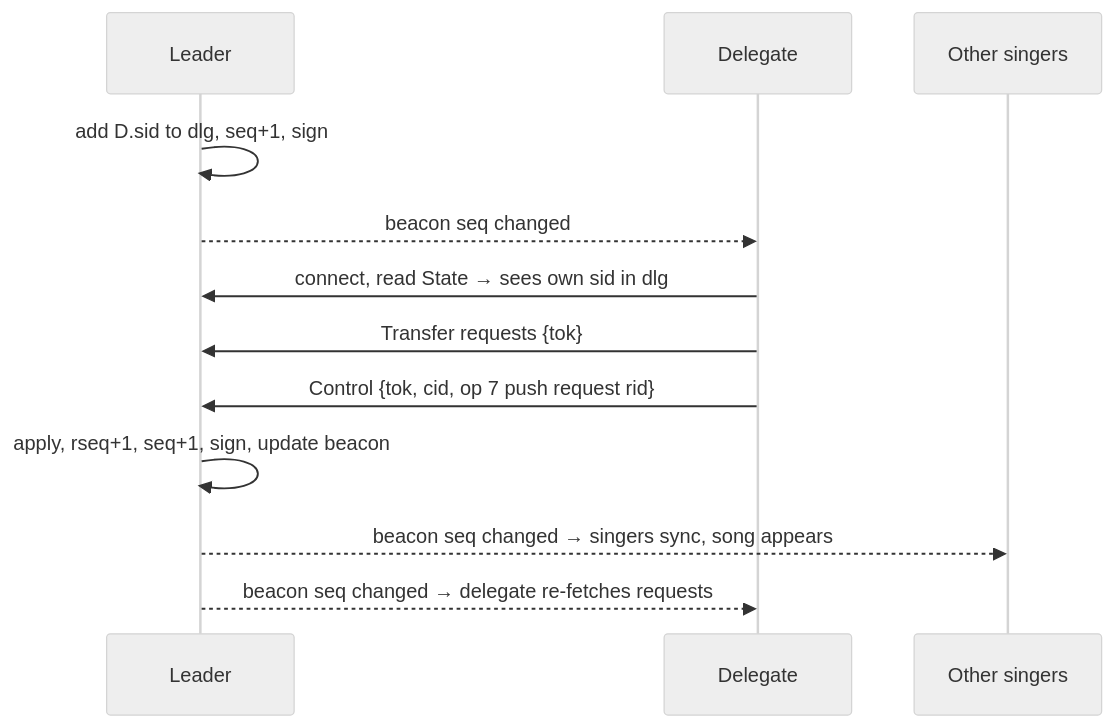
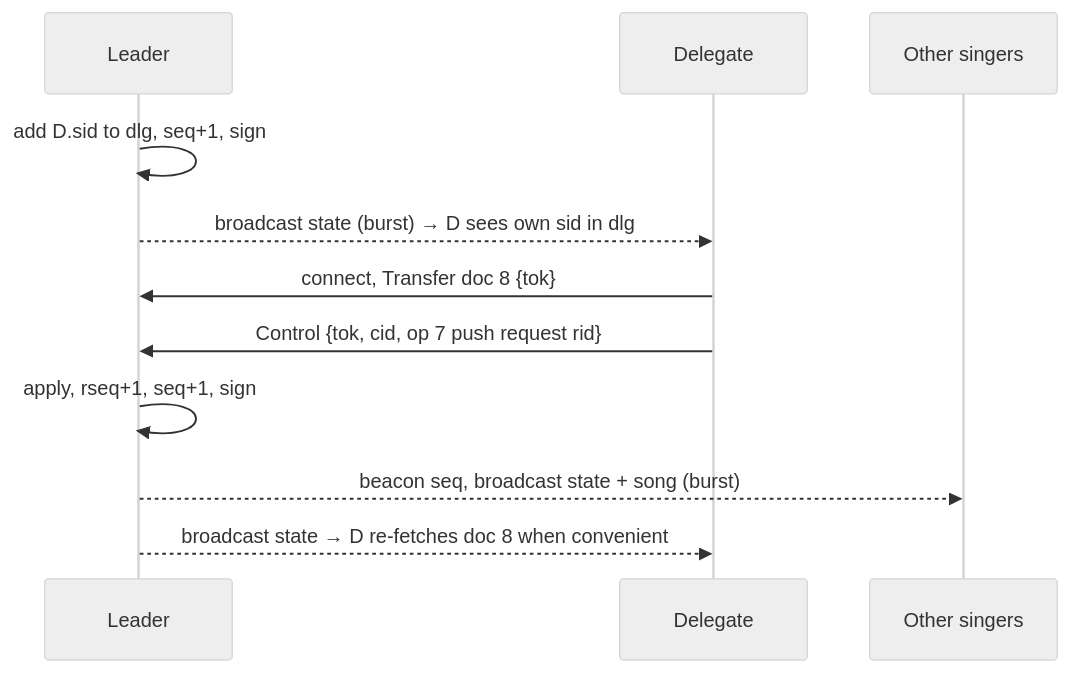
Before and after one commit to pe1mew/Zangbundel: the second of 2 diagrams in design/ble-protocol.md, drawn with Mermaid (neutral theme). The commit also changed other lines of this file and 2 other files, not shown here.

Commit message:
BLE protocol v0.2: broadcast-first carousel with repair; FRD v0.3 adds FR-BLE-15/16

````diff
--- a/design/ble-protocol.md
+++ b/design/ble-protocol.md
@@ -532,14 +662,13 @@
 ```mermaid
 sequenceDiagram
   participant L as Leader
   participant D as Delegate
   participant S as Other singers
   L->>L: add D.sid to dlg, seq+1, sign
-  L-->>D: beacon seq changed
-  D->>L: connect, read State → sees own sid in dlg
-  D->>L: Transfer requests {tok}
+  L-->>D: broadcast state (burst) → D sees own sid in dlg
+  D->>L: connect, Transfer doc 8 {tok}
   D->>L: Control {tok, cid, op 7 push request rid}
-  L->>L: apply, rseq+1, seq+1, sign, update beacon
-  L-->>S: beacon seq changed → singers sync, song appears
-  L-->>D: beacon seq changed → delegate re-fetches requests
+  L->>L: apply, rseq+1, seq+1, sign
+  L-->>S: beacon seq, broadcast state + song (burst)
+  L-->>D: broadcast state → D re-fetches doc 8 when convenient
 ```
````
